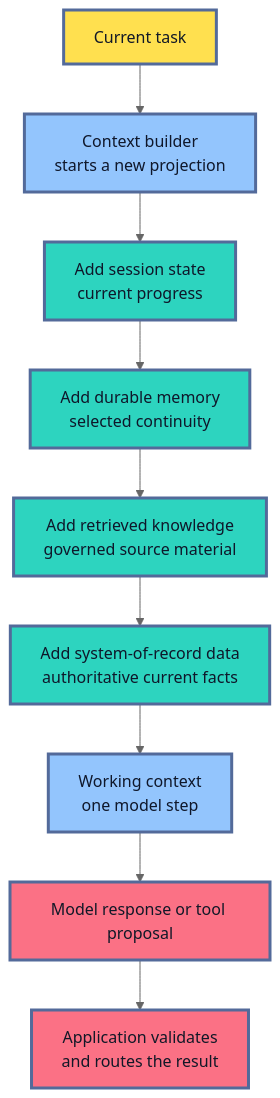
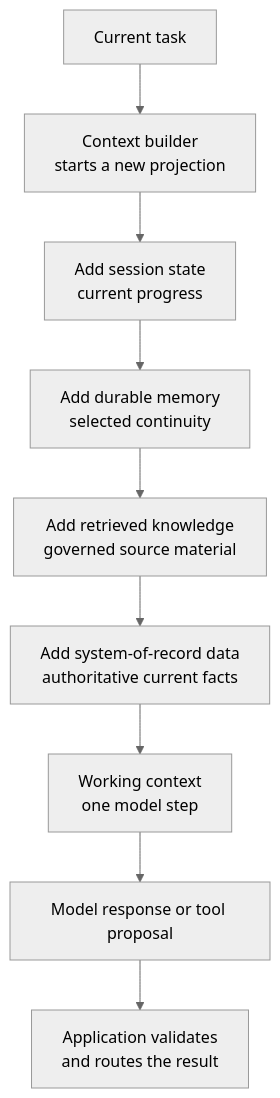
One commit to senlinyy/dev-roadmaps changed the first of 14 diagrams in roadmaps/mlops/modules/llmops/context-engineering/03-memory-and-state.md. Above: the diagram before and after it, drawn with Mermaid (neutral theme). The commit also changed other lines of this file and 152 other files, not shown here.

Commit message:
feat: mlops and diagrams updated

````diff
--- a/roadmaps/mlops/modules/llmops/context-engineering/03-memory-and-state.md
+++ b/roadmaps/mlops/modules/llmops/context-engineering/03-memory-and-state.md
@@ -92,20 +92,16 @@
 ```mermaid
 flowchart TD
     A["Current task"] --> B["Context builder<br/>starts a new projection"]
     B --> C["Add session state<br/>current progress"]
     C --> D["Add durable memory<br/>selected continuity"]
     D --> E["Add retrieved knowledge<br/>governed source material"]
     E --> F["Add system-of-record data<br/>authoritative current facts"]
     F --> G["Working context<br/>one model step"]
     G --> H["Model response or tool proposal"]
     H --> I["Application validates<br/>and routes the result"]
 
-    classDef task fill:#FFE04F,stroke:#536A9A,stroke-width:3px,color:#111827
-    classDef source fill:#2DD4BF,stroke:#536A9A,stroke-width:3px,color:#0F172A
-    classDef context fill:#93C5FD,stroke:#536A9A,stroke-width:3px,color:#0F172A
-    classDef action fill:#FB7185,stroke:#536A9A,stroke-width:3px,color:#111827
     class A task
     class C,D,E,F source
     class B,G context
     class H,I action
 ```
````
